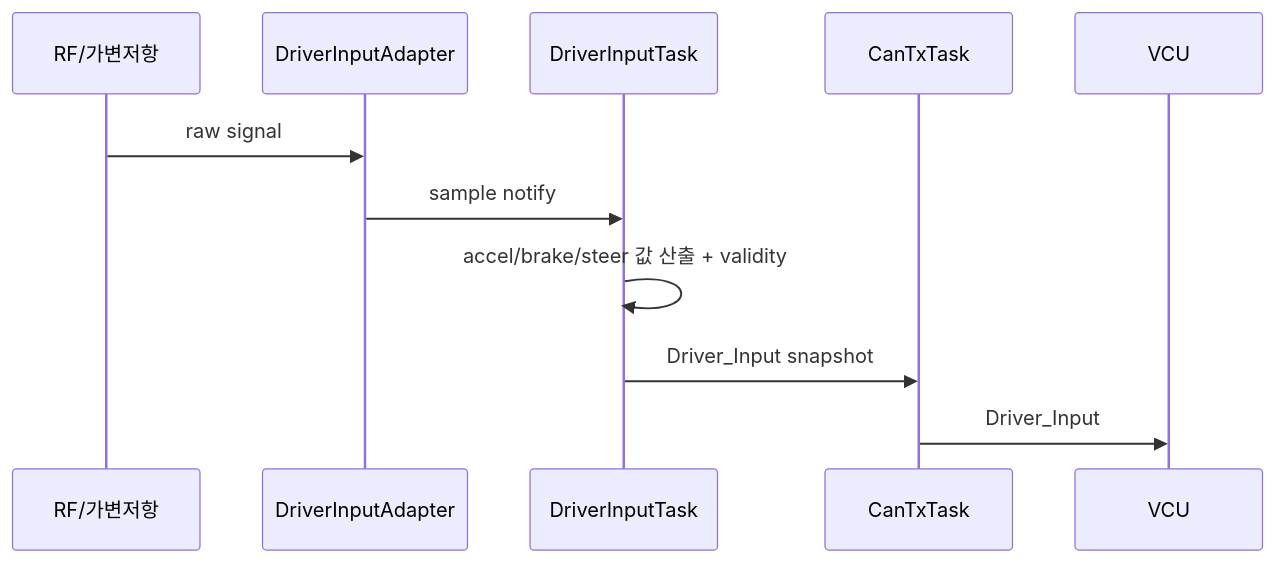
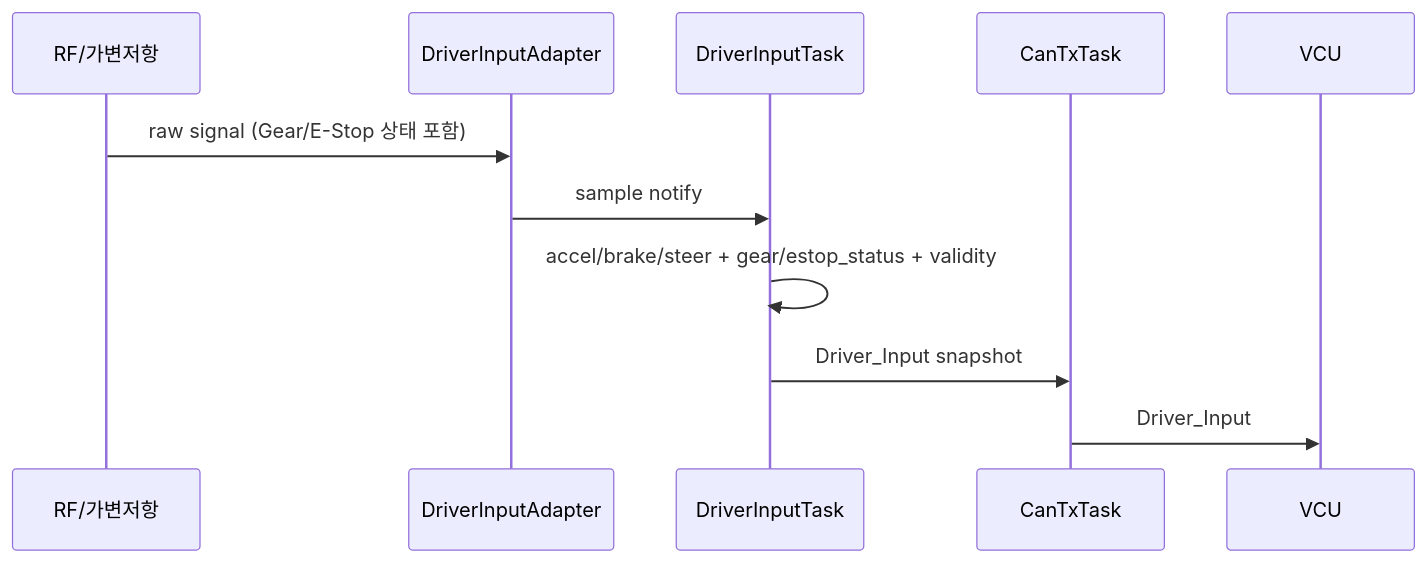
The third of 5 diagrams in docs/ecus/Motor_Steering_Control/ARCHITECTURE.md (sunmaan22/SDV_MCU_Project), drawn with Mermaid before and after one commit. The commit also changed other lines of this file and 33 other files, not shown here.

````diff
--- a/docs/ecus/Motor_Steering_Control/ARCHITECTURE.md
+++ b/docs/ecus/Motor_Steering_Control/ARCHITECTURE.md
@@ -336,14 +337,14 @@
 ```mermaid
 sequenceDiagram
     participant IN as RF/가변저항
     participant ADC as DriverInputAdapter
     participant DI as DriverInputTask
     participant TX as CanTxTask
     participant VCU
 
-    IN->>ADC: raw signal
+    IN->>ADC: raw signal (Gear/E-Stop 상태 포함)
     ADC->>DI: sample notify
-    DI->>DI: accel/brake/steer 값 산출 + validity
+    DI->>DI: accel/brake/steer + gear/estop_status + validity
     DI->>TX: Driver_Input snapshot
     TX->>VCU: Driver_Input
 ```
````
